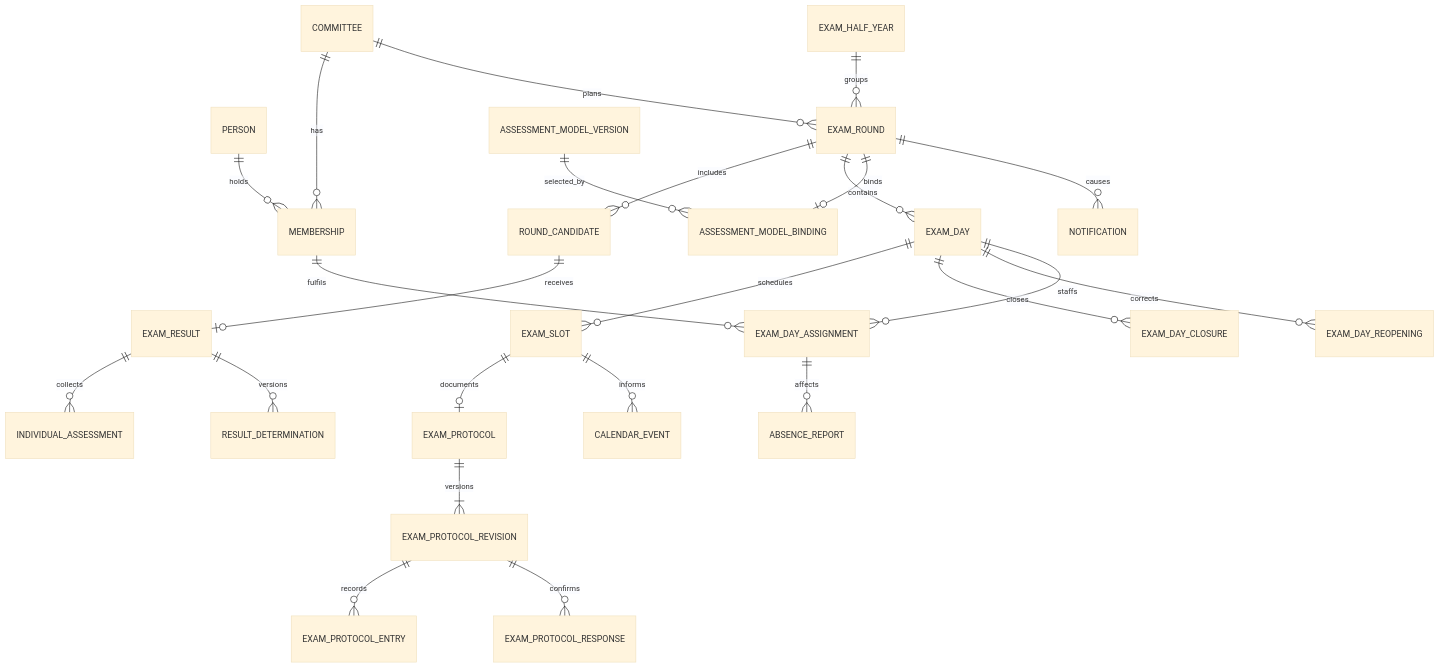
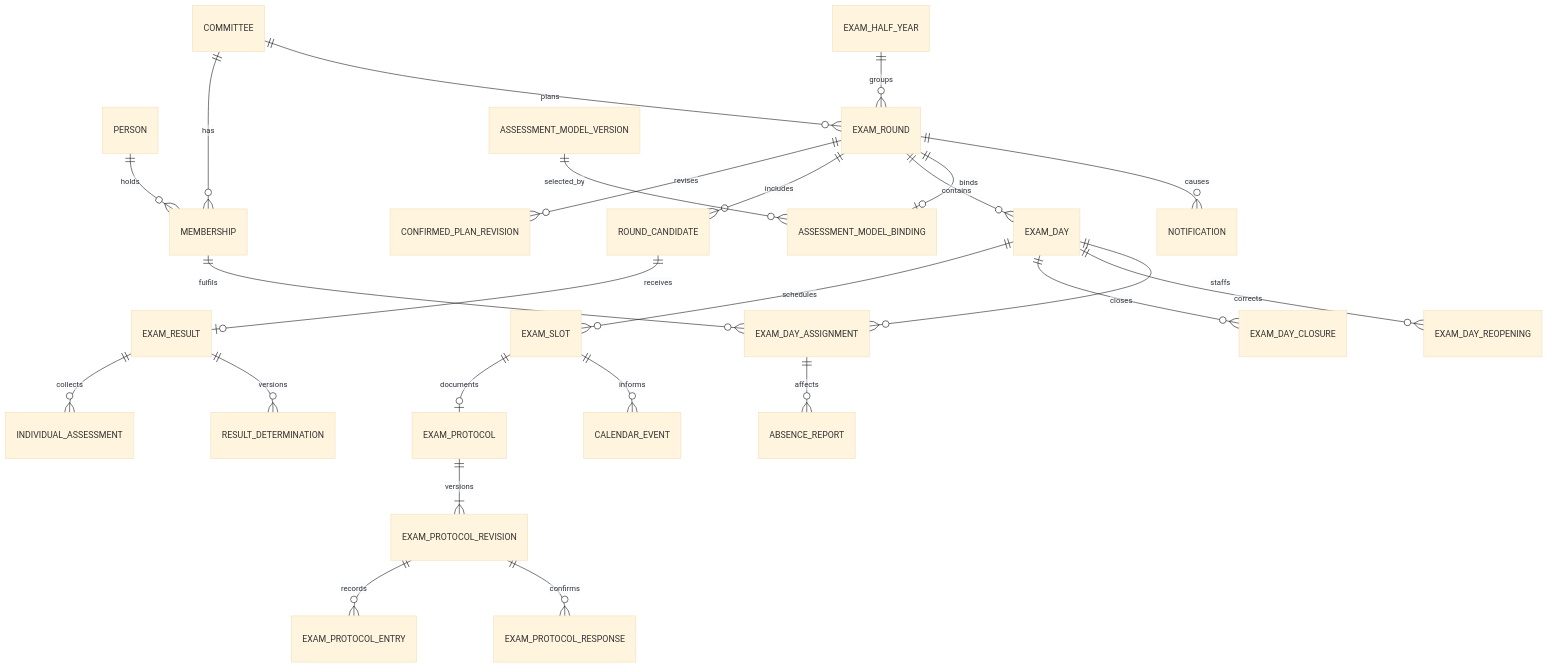
Before and after one commit to lxndrp/lzug: the diagram in docs/developers/domain-model.md, drawn with Mermaid (base theme). The commit also changed other lines of this file and 13 other files, not shown here.

Commit message:
Add confirmed plan revision workflow

````diff
--- a/docs/developers/domain-model.md
+++ b/docs/developers/domain-model.md
@@ -9,26 +9,27 @@
 ```mermaid
 erDiagram
   COMMITTEE ||--o{ MEMBERSHIP : has
   PERSON ||--o{ MEMBERSHIP : holds
   COMMITTEE ||--o{ EXAM_ROUND : plans
   EXAM_HALF_YEAR ||--o{ EXAM_ROUND : groups
+  EXAM_ROUND ||--o{ CONFIRMED_PLAN_REVISION : revises
   EXAM_ROUND ||--o{ ROUND_CANDIDATE : includes
   EXAM_ROUND ||--o{ EXAM_DAY : contains
   EXAM_DAY ||--o{ EXAM_SLOT : schedules
   EXAM_DAY ||--o{ EXAM_DAY_CLOSURE : closes
   EXAM_DAY ||--o{ EXAM_DAY_REOPENING : corrects
   EXAM_SLOT ||--o| EXAM_PROTOCOL : documents
   EXAM_PROTOCOL ||--|{ EXAM_PROTOCOL_REVISION : versions
   EXAM_PROTOCOL_REVISION ||--o{ EXAM_PROTOCOL_ENTRY : records
   EXAM_PROTOCOL_REVISION ||--o{ EXAM_PROTOCOL_RESPONSE : confirms
   EXAM_ROUND ||--o| ASSESSMENT_MODEL_BINDING : binds
   ASSESSMENT_MODEL_VERSION ||--o{ ASSESSMENT_MODEL_BINDING : selected_by
   ROUND_CANDIDATE ||--o| EXAM_RESULT : receives
   EXAM_RESULT ||--o{ INDIVIDUAL_ASSESSMENT : collects
   EXAM_RESULT ||--o{ RESULT_DETERMINATION : versions
   EXAM_DAY ||--o{ EXAM_DAY_ASSIGNMENT : staffs
   MEMBERSHIP ||--o{ EXAM_DAY_ASSIGNMENT : fulfils
   EXAM_ROUND ||--o{ NOTIFICATION : causes
   EXAM_SLOT ||--o{ CALENDAR_EVENT : informs
   EXAM_DAY_ASSIGNMENT ||--o{ ABSENCE_REPORT : affects
 ```
````
